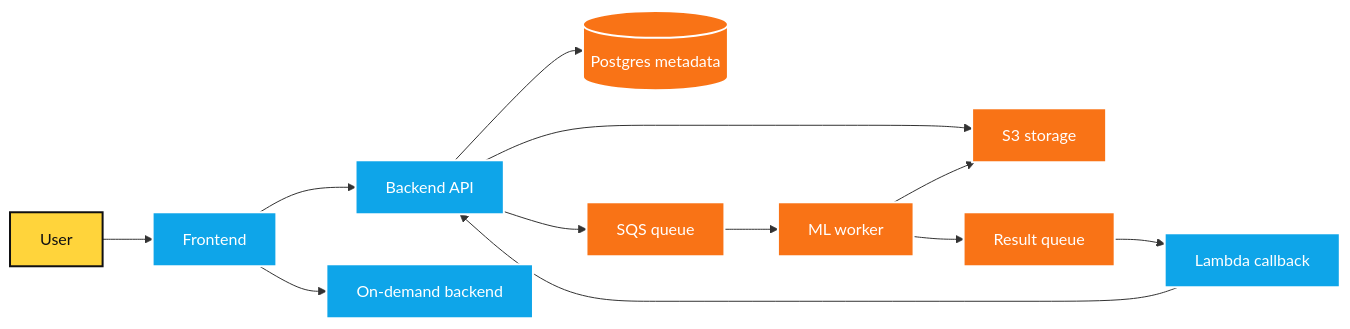
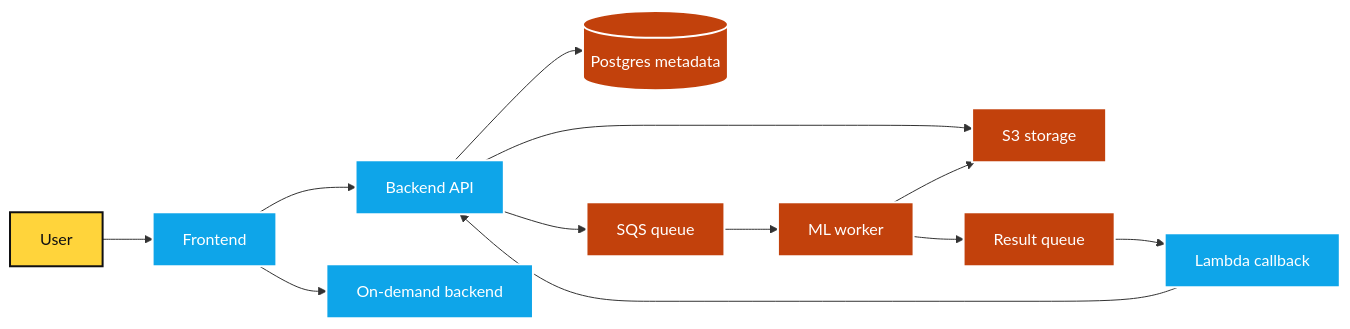
The third of 12 diagrams in backend_data_science_ai.md (susmitpy/talks), drawn with Mermaid before and after one commit. The commit also changed other lines of this file and 2 other files, not shown here.

````diff
--- a/backend_data_science_ai.md
+++ b/backend_data_science_ai.md
@@ -842,21 +859,21 @@
 ```mermaid
 flowchart LR
     U[User] --> F[Frontend]
     F --> A[Backend API]
     F --> OD[On-demand backend]
     A --> S3[S3 storage]
     A --> DB[(Postgres metadata)]
     A --> Q[SQS queue]
     Q --> ML[ML worker]
     ML --> S3
     ML --> RQ[Result queue]
     RQ --> L[Lambda callback]
     L --> A
 
     classDef user fill:#FFD43B,stroke:#101012,stroke-width:2px,color:#101012;
     classDef app fill:#0EA5E9,stroke:#FFFFFF,stroke-width:2px,color:#FFFFFF;
-    classDef data fill:#F97316,stroke:#FFFFFF,stroke-width:2px,color:#FFFFFF;
+    classDef data fill:#C2410C,stroke:#FFFFFF,stroke-width:2px,color:#FFFFFF;
     class U user;
     class F,A,OD,L app;
     class S3,DB,Q,ML,RQ data;
 ```
````
